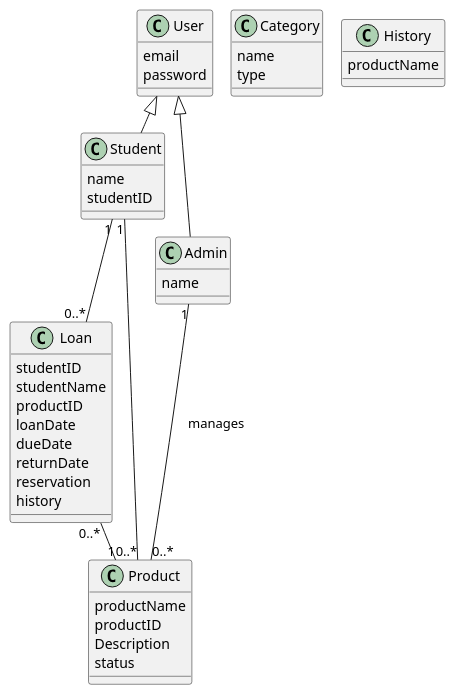
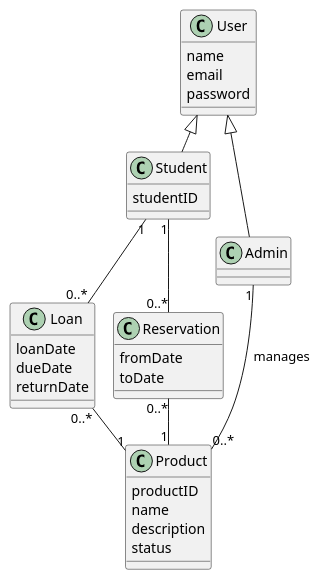
Before and after one commit to daud0095/Pet-Project: the diagram in docs/DomæneModel2.puml, drawn with PlantUML.

Commit message:
Domænemodel22

```diff
--- a/docs/DomæneModel2.puml
+++ b/docs/DomæneModel2.puml
@@ -1,55 +1,43 @@
 @startuml
 !pragma layout smetana
 class User{
+  name
   email
   password
 }
 
 class Student{
-  name
   studentID
 }
 
 class Admin{
+}
+
+class Product{
+  productID
   name
+  description
+  status
 }
 
 class Loan{
-  studentID
-  studentName
-  productID
   loanDate
   dueDate
   returnDate
-  reservation
-  history
-
 }
 
-class Category{
-  name
-  type
-}
-
-class Product{
-  productName
-  productID
-  Description
-  status
-
-}
-
-class History{
-  productName
+class Reservation{
+  fromDate
+  toDate
 }
 
 User <|-- Student
 User <|-- Admin
 
 Student "1" -- "0..*" Loan
 Loan "0..*" -- "1" Product
-Student "1" -- "0..*" Product
-
+Student "1" -- "0..*" Reservation
+Reservation "0..*" -- "1" Product
 
 Admin "1" -- "0..*" Product : manages
 @enduml
```
